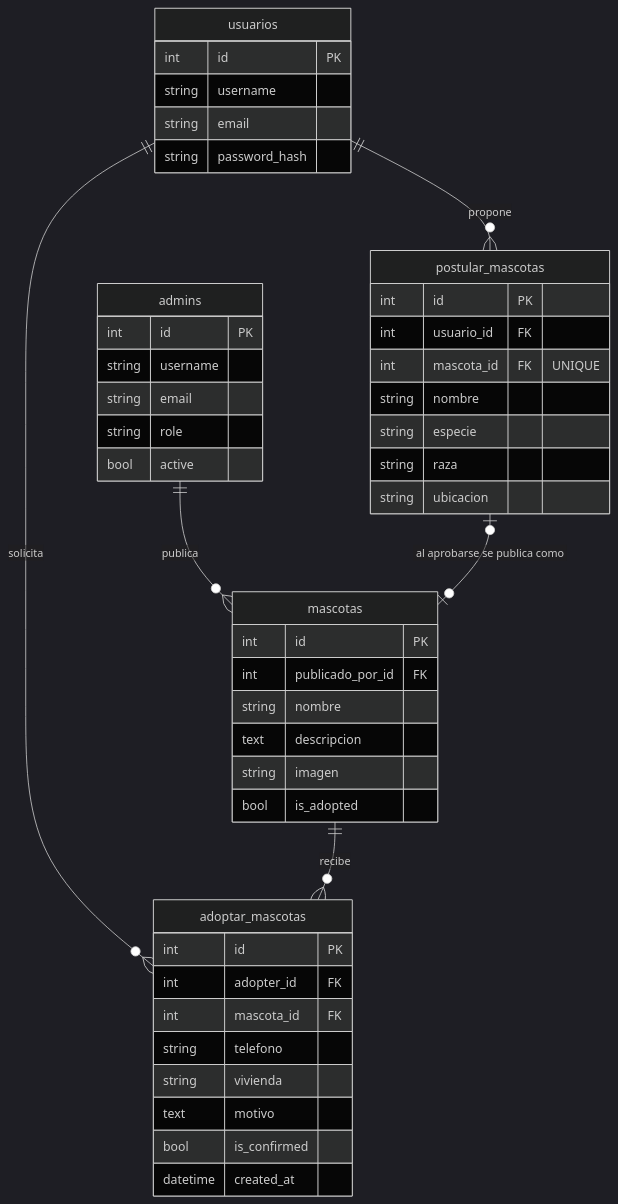
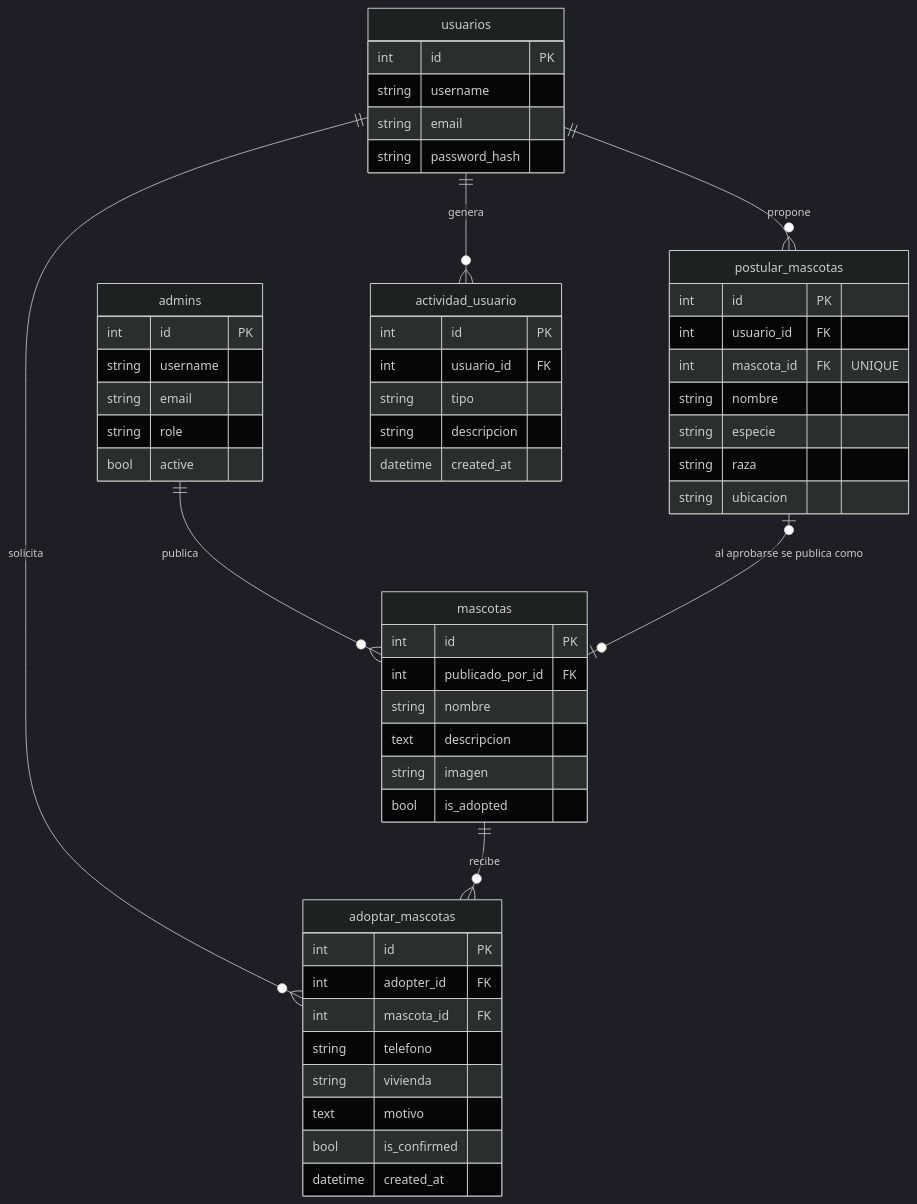
The second of 2 diagrams in README.md (IngGMunoz/Adopt-Me-Now), drawn with Mermaid (dark theme) before and after one commit. The commit also changed other lines of this file and 42 other files, not shown here.

````diff
--- a/README.md
+++ b/README.md
@@ -75,49 +76,57 @@
 ```mermaid
 erDiagram
     admins ||--o{ mascotas : "publica"
     usuarios ||--o{ adoptar_mascotas : "solicita"
     mascotas ||--o{ adoptar_mascotas : "recibe"
     usuarios ||--o{ postular_mascotas : "propone"
     postular_mascotas |o--o| mascotas : "al aprobarse se publica como"
+    usuarios ||--o{ actividad_usuario : "genera"
 
     admins {
         int id PK
         string username
         string email
         string role
         bool active
     }
     usuarios {
         int id PK
         string username
         string email
         string password_hash
     }
     mascotas {
         int id PK
         int publicado_por_id FK
         string nombre
         text descripcion
         string imagen
         bool is_adopted
     }
     adoptar_mascotas {
         int id PK
         int adopter_id FK
         int mascota_id FK
         string telefono
         string vivienda
         text motivo
         bool is_confirmed
         datetime created_at
     }
     postular_mascotas {
         int id PK
         int usuario_id FK
         int mascota_id FK "UNIQUE"
         string nombre
         string especie
         string raza
         string ubicacion
     }
+    actividad_usuario {
+        int id PK
+        int usuario_id FK
+        string tipo
+        string descripcion
+        datetime created_at
+    }
 ```
````
